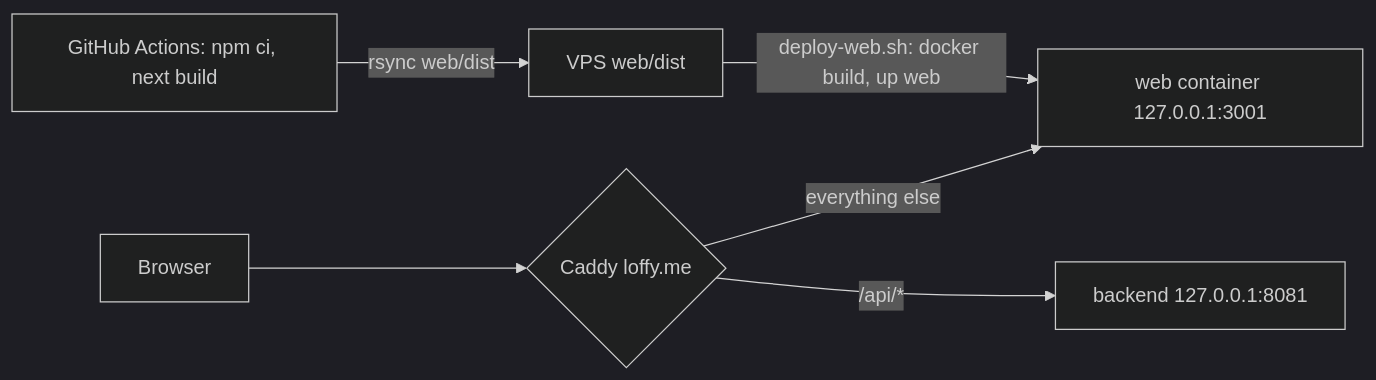
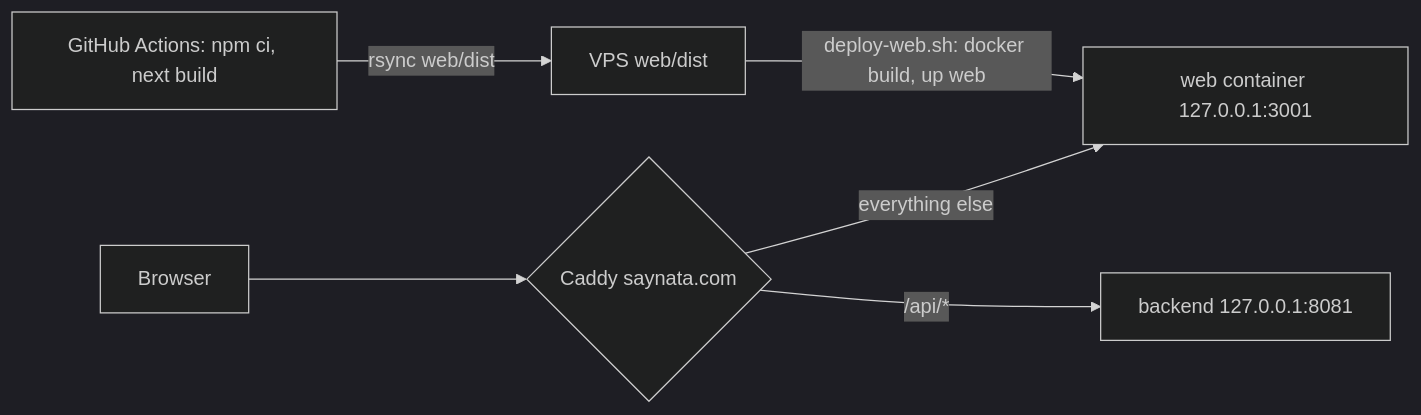
Before and after one commit to tranphuocloc070699/saynata: the third of 3 diagrams in backlog/docs/features/doc-23 - Web-app.md, drawn with Mermaid (dark theme). The commit also changed other lines of this file and 50 other files, not shown here.

Commit message:
TASK-104: switch the code from loffy.me to saynata.com

````diff
--- a/backlog/docs/features/doc-23 - Web-app.md
+++ b/backlog/docs/features/doc-23 - Web-app.md
@@ -84,8 +84,8 @@
 ```mermaid
 flowchart LR
     GH["GitHub Actions: npm ci, next build"] -->|"rsync web/dist"| VPS[VPS web/dist]
     VPS -->|"deploy-web.sh: docker build, up web"| W["web container 127.0.0.1:3001"]
-    U[Browser] --> C{Caddy loffy.me}
+    U[Browser] --> C{Caddy saynata.com}
     C -->|"/api/*"| B["backend 127.0.0.1:8081"]
     C -->|"everything else"| W
 ```
````
